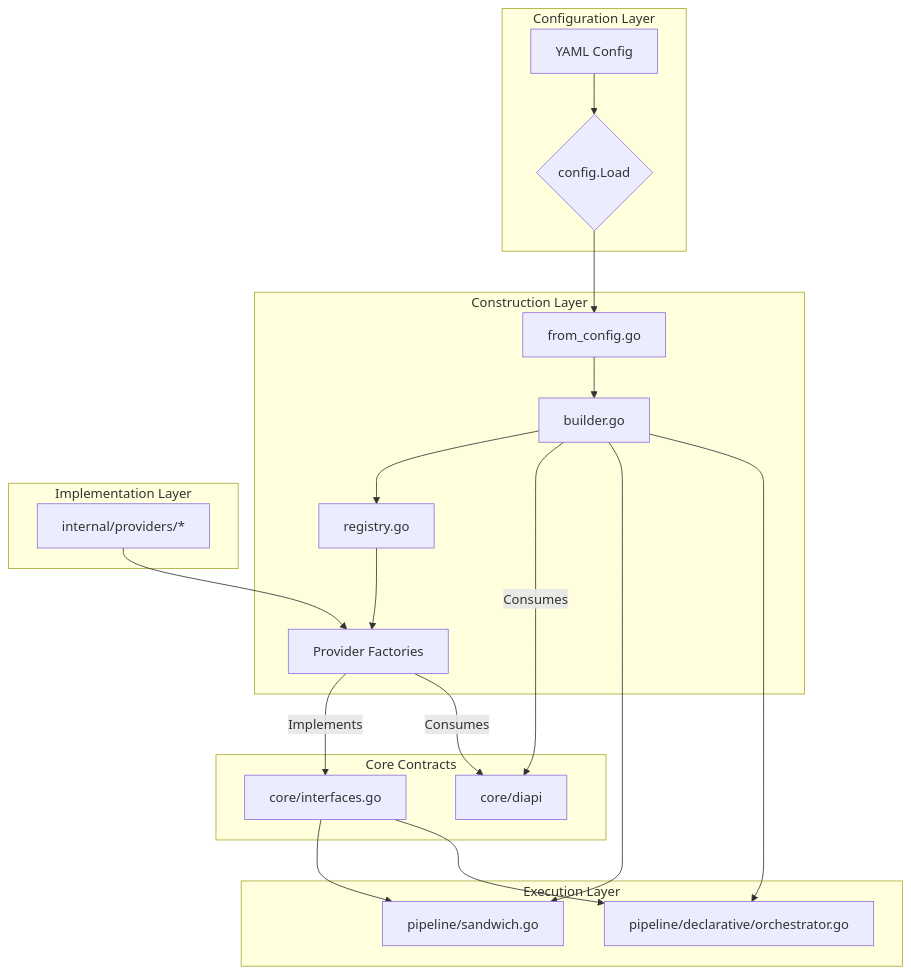
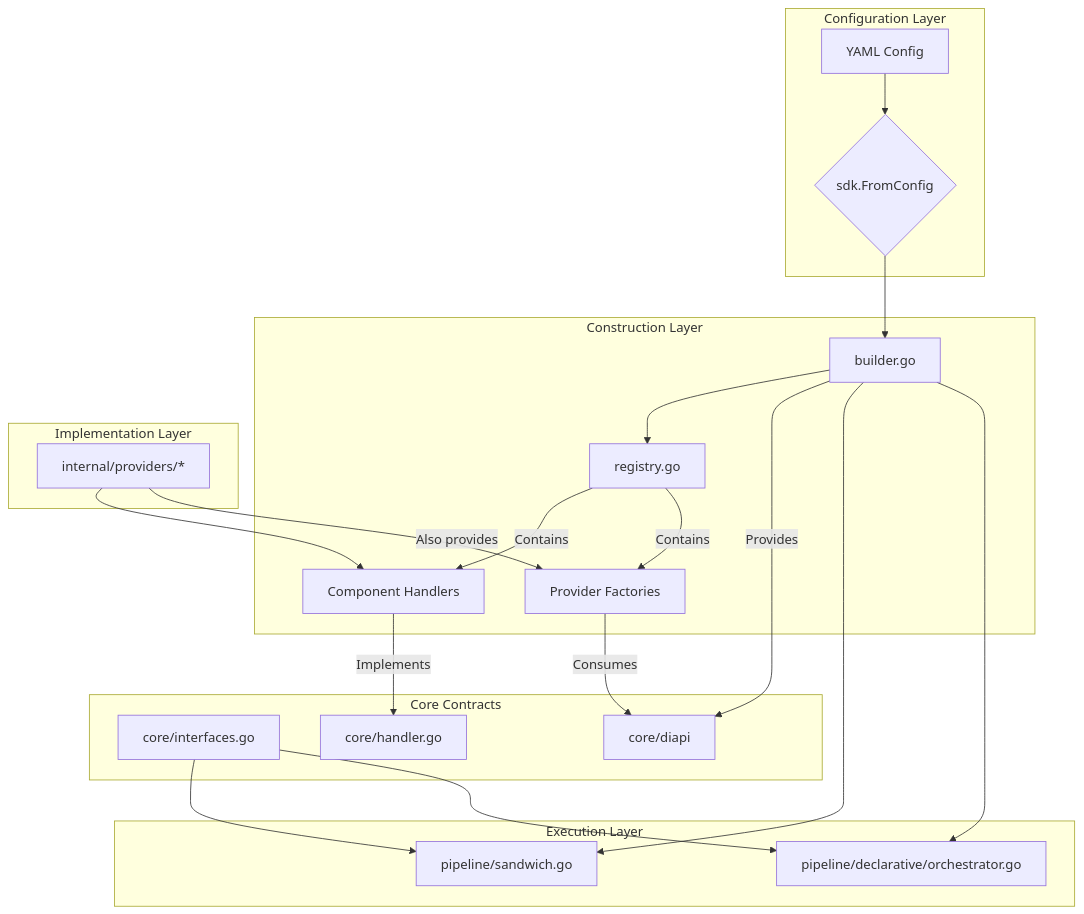
Before and after one commit to duynguyendang/manglekit: the first of 2 diagrams in docs/LLD.md, drawn with Mermaid. The commit also changed other lines of this file and 2 other files, not shown here.

First line of the commit message:
This commit synchronizes the core architectural documentation with the latest version of the Manglekit SDK. It reflects the significant refactoring from a monolithic builder to a decentralized, handler-based architecture.

````diff
--- a/docs/LLD.md
+++ b/docs/LLD.md
@@ -17,35 +17,37 @@
 ```mermaid
 graph TD
     subgraph "Configuration Layer"
-        A[YAML Config] --> B{config.Load}
+        A[YAML Config] --> B{sdk.FromConfig}
     end
 
     subgraph "Construction Layer"
-        B --> C[from_config.go]
-        C --> D[builder.go]
-        D --> E[registry.go]
-        E --> F[Provider Factories]
+        B --> C[builder.go]
+        C --> D[registry.go]
+        D -- Contains --> E[Component Handlers]
+        D -- Contains --> F[Provider Factories]
     end
 
     subgraph "Core Contracts"
         G[core/interfaces.go]
-        H[core/diapi]
+        H[core/handler.go]
+        I[core/diapi]
     end
 
     subgraph "Implementation Layer"
-        F -- Implements --> G
-        F -- Consumes --> H
-        D -- Consumes --> H
-        I[internal/providers/*] --> F
+        E -- Implements --> H
+        F -- Consumes --> I
+        C -- Provides --> I
+        J[internal/providers/*] --> E
+        J -- Also provides --> F
     end
 
     subgraph "Execution Layer"
-        J[pipeline/sandwich.go]
-        K[pipeline/declarative/orchestrator.go]
-        D --> J
-        D --> K
+        K[pipeline/sandwich.go]
+        L[pipeline/declarative/orchestrator.go]
+        C --> K
+        C --> L
     end
 
-    G --> J
     G --> K
+    G --> L
 ```
````
